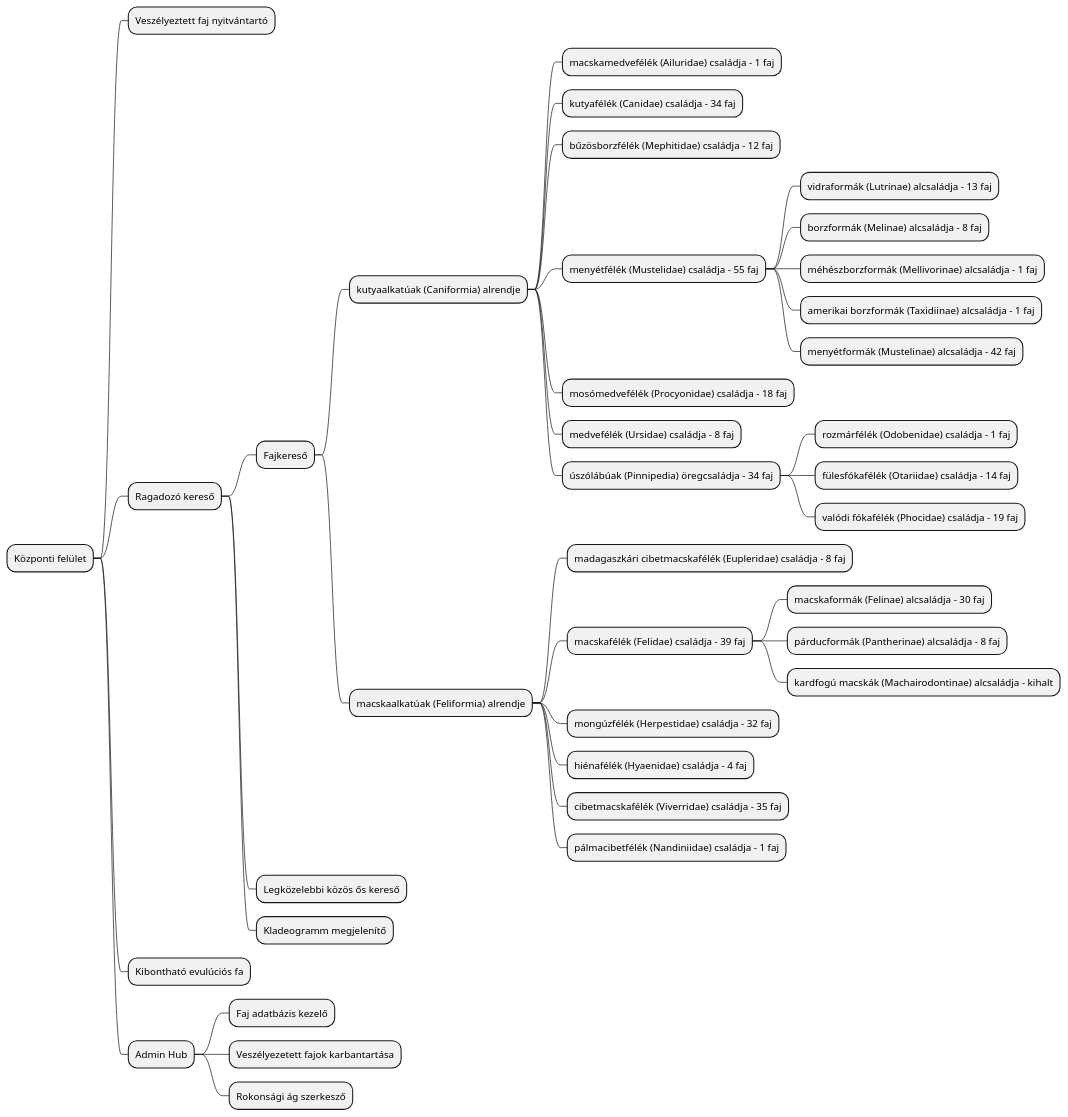
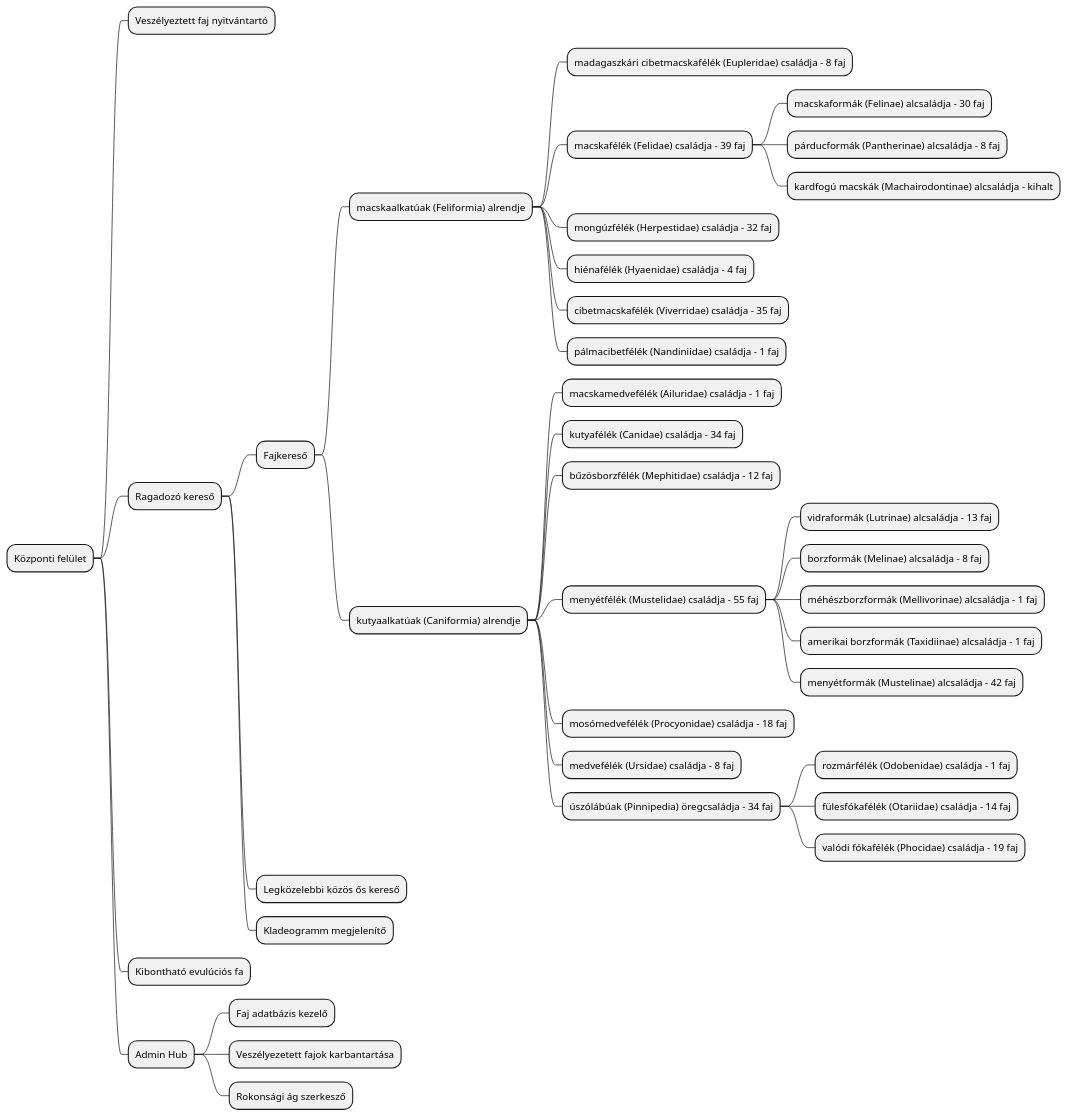
The diagram in src/main/java/hu/progmatic/Main.puml (mzsolti84/Carnivora), drawn with PlantUML before and after one commit. The commit also changed other lines of this file, not shown here.

```diff
--- a/src/main/java/hu/progmatic/Main.puml
+++ b/src/main/java/hu/progmatic/Main.puml
@@ -1,39 +1,39 @@
 @startmindmap
 + Központi felület
 ++ Veszélyeztett faj nyitvántartó
 ++ Ragadozó kereső
 +++ Fajkereső
+++++ macskaalkatúak (Feliformia) alrendje
++++++ madagaszkári cibetmacskafélék (Eupleridae) családja – 8 faj
++++++ macskafélék (Felidae) családja – 39 faj
+++++++ macskaformák (Felinae) alcsaládja – 30 faj
+++++++ párducformák (Pantherinae) alcsaládja – 8 faj
+++++++ kardfogú macskák (Machairodontinae) alcsaládja – kihalt
++++++ mongúzfélék (Herpestidae) családja – 32 faj
++++++ hiénafélék (Hyaenidae) családja – 4 faj
++++++ cibetmacskafélék (Viverridae) családja – 35 faj
++++++ pálmacibetfélék (Nandiniidae) családja – 1 faj
 ++++ kutyaalkatúak (Caniformia) alrendje
 +++++ macskamedvefélék (Ailuridae) családja – 1 faj
 +++++ kutyafélék (Canidae) családja – 34 faj
 +++++ bűzösborzfélék (Mephitidae) családja – 12 faj
 +++++ menyétfélék (Mustelidae) családja – 55 faj
 ++++++ vidraformák (Lutrinae) alcsaládja – 13 faj
 ++++++ borzformák (Melinae) alcsaládja – 8 faj
 ++++++ méhészborzformák (Mellivorinae) alcsaládja – 1 faj
 ++++++ amerikai borzformák (Taxidiinae) alcsaládja – 1 faj
 ++++++ menyétformák (Mustelinae) alcsaládja – 42 faj
 +++++ mosómedvefélék (Procyonidae) családja – 18 faj
 +++++ medvefélék (Ursidae) családja – 8 faj
 +++++ úszólábúak (Pinnipedia) öregcsaládja – 34 faj
 ++++++ rozmárfélék (Odobenidae) családja – 1 faj
 ++++++ fülesfókafélék (Otariidae) családja – 14 faj
 ++++++ valódi fókafélék (Phocidae) családja – 19 faj
-++++ macskaalkatúak (Feliformia) alrendje
-+++++ madagaszkári cibetmacskafélék (Eupleridae) családja – 8 faj
-+++++ macskafélék (Felidae) családja – 39 faj
-++++++ macskaformák (Felinae) alcsaládja – 30 faj
-++++++ párducformák (Pantherinae) alcsaládja – 8 faj
-++++++ kardfogú macskák (Machairodontinae) alcsaládja – kihalt
-+++++ mongúzfélék (Herpestidae) családja – 32 faj
-+++++ hiénafélék (Hyaenidae) családja – 4 faj
-+++++ cibetmacskafélék (Viverridae) családja – 35 faj
-+++++ pálmacibetfélék (Nandiniidae) családja – 1 faj
 +++ Legközelebbi közös ős kereső
 +++ Kladeogramm megjelenítő
 ++ Kibontható evulúciós fa
 ++ Admin Hub
 +++ Faj adatbázis kezelő
 +++ Veszélyezetett fajok karbantartása
 +++ Rokonsági ág szerkesző
 @endmindmap
```
